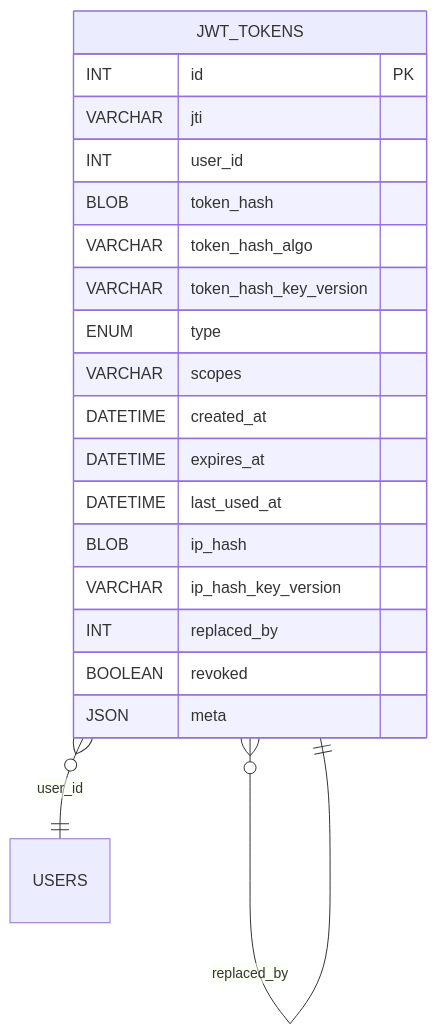
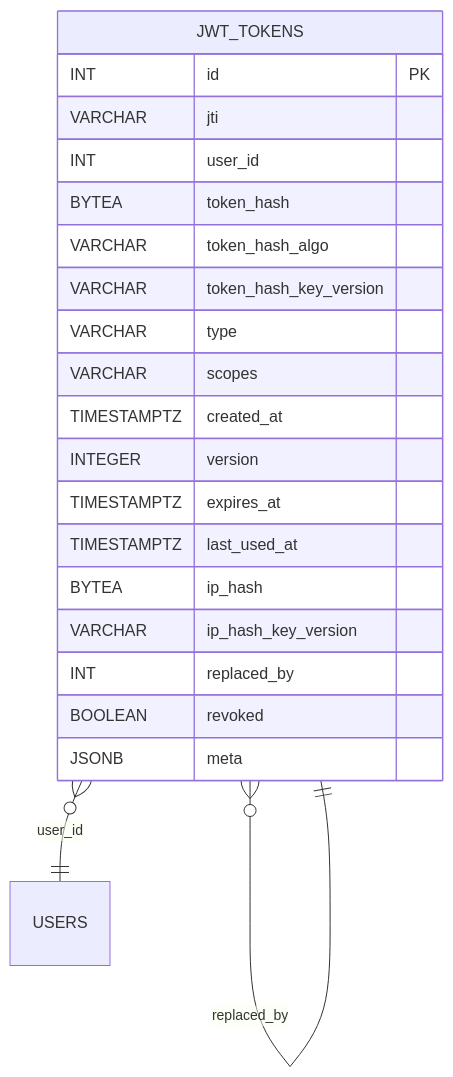
Before and after one commit to blackcatdatabase/table-jwt-tokens: the diagram in README.md, drawn with Mermaid. The commit also changed other lines of this file and 26 other files, not shown here.

First line of the commit message:
Regen schema (#1)

````diff
--- a/README.md
+++ b/README.md
@@ -63,23 +67,24 @@
 ```mermaid
 erDiagram
   JWT_TOKENS {
     INT id PK
     VARCHAR jti
     INT user_id
-    BLOB token_hash
+    BYTEA token_hash
     VARCHAR token_hash_algo
     VARCHAR token_hash_key_version
-    ENUM type
+    VARCHAR type
     VARCHAR scopes
-    DATETIME created_at
-    DATETIME expires_at
-    DATETIME last_used_at
-    BLOB ip_hash
+    TIMESTAMPTZ created_at
+    INTEGER version
+    TIMESTAMPTZ expires_at
+    TIMESTAMPTZ last_used_at
+    BYTEA ip_hash
     VARCHAR ip_hash_key_version
     INT replaced_by
     BOOLEAN revoked
-    JSON meta
+    JSONB meta
   }
   JWT_TOKENS }o--|| JWT_TOKENS : "replaced_by"
   JWT_TOKENS }o--|| USERS : "user_id"
 ```
````
